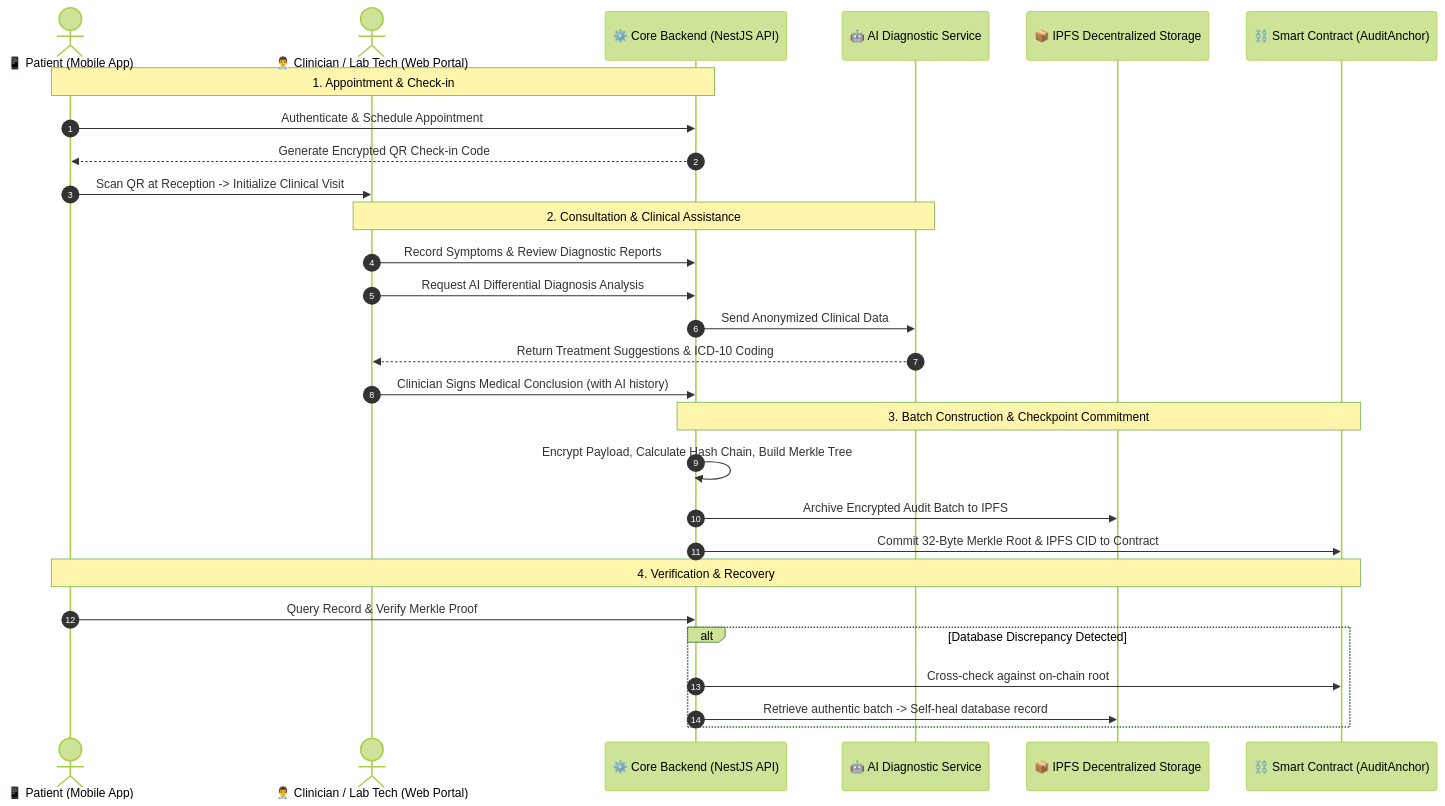
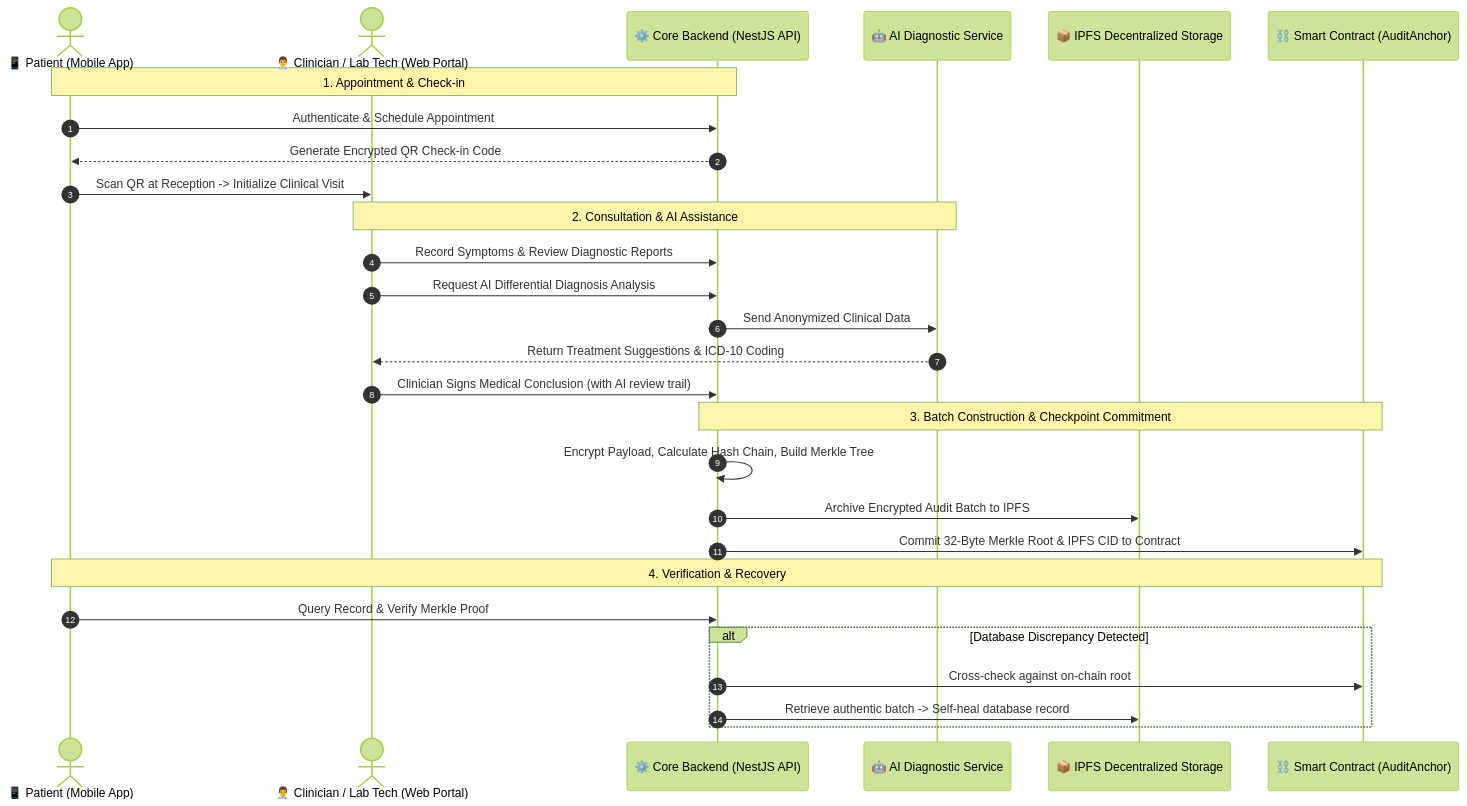
One commit to duc19092005/KLTN changed the second of 2 diagrams in README.en.md. Above: the diagram before and after it, drawn with Mermaid (forest theme). The commit also changed other lines of this file and 1 other file, not shown here.

````diff
--- a/README.en.md
+++ b/README.en.md
@@ -126,34 +129,34 @@
 ```mermaid
 sequenceDiagram
     autonumber
     actor P as 📱 Patient (Mobile App)
     actor D as 👨‍⚕️ Clinician / Lab Tech (Web Portal)
     participant API as ⚙️ Core Backend (NestJS API)
     participant AI as 🤖 AI Diagnostic Service
     participant IPFS as 📦 IPFS Decentralized Storage
     participant SC as ⛓️ Smart Contract (AuditAnchor)
 
     Note over P,API: 1. Appointment & Check-in
     P->>API: Authenticate & Schedule Appointment
     API-->>P: Generate Encrypted QR Check-in Code
     P->>D: Scan QR at Reception -> Initialize Clinical Visit
 
-    Note over D,AI: 2. Consultation & Clinical Assistance
+    Note over D,AI: 2. Consultation & AI Assistance
     D->>API: Record Symptoms & Review Diagnostic Reports
     D->>API: Request AI Differential Diagnosis Analysis
     API->>AI: Send Anonymized Clinical Data
     AI-->>D: Return Treatment Suggestions & ICD-10 Coding
-    D->>API: Clinician Signs Medical Conclusion (with AI history)
+    D->>API: Clinician Signs Medical Conclusion (with AI review trail)
 
     Note over API,SC: 3. Batch Construction & Checkpoint Commitment
     API->>API: Encrypt Payload, Calculate Hash Chain, Build Merkle Tree
     API->>IPFS: Archive Encrypted Audit Batch to IPFS
     API->>SC: Commit 32-Byte Merkle Root & IPFS CID to Contract
 
     Note over P,SC: 4. Verification & Recovery
     P->>API: Query Record & Verify Merkle Proof
     alt Database Discrepancy Detected
         API->>SC: Cross-check against on-chain root
         API->>IPFS: Retrieve authentic batch -> Self-heal database record
     end
 ```
````
